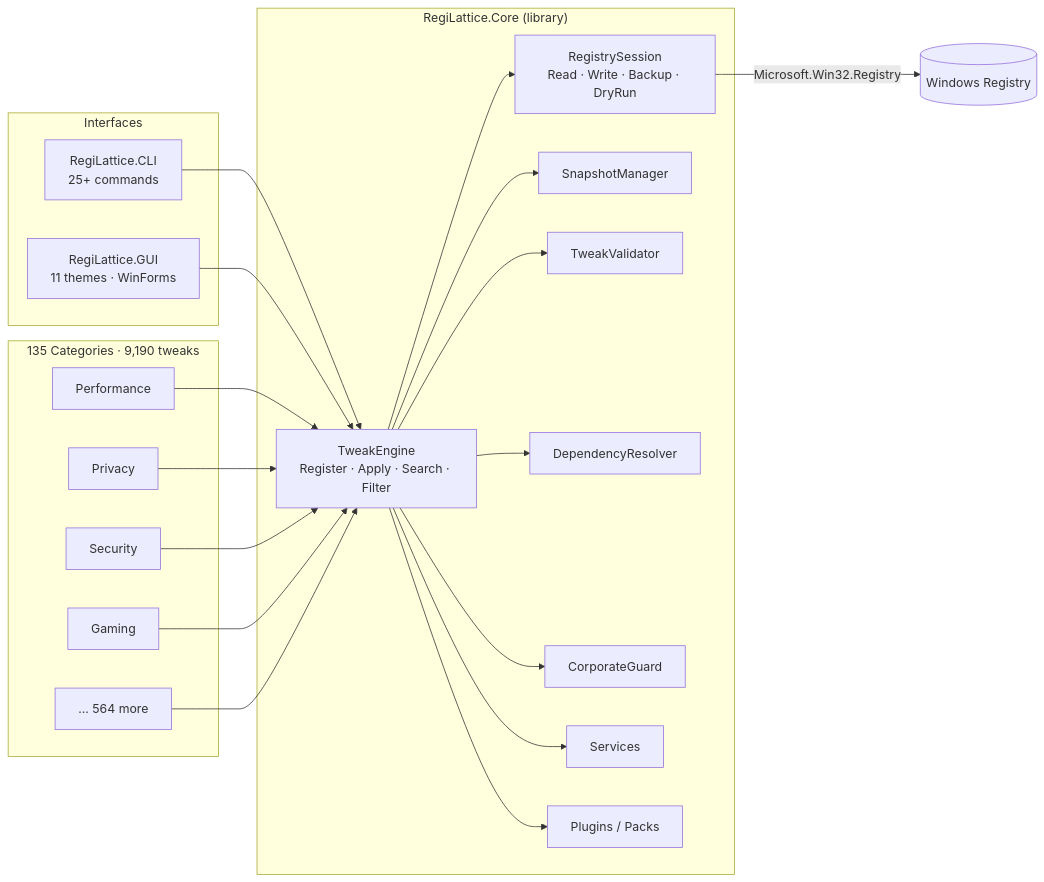
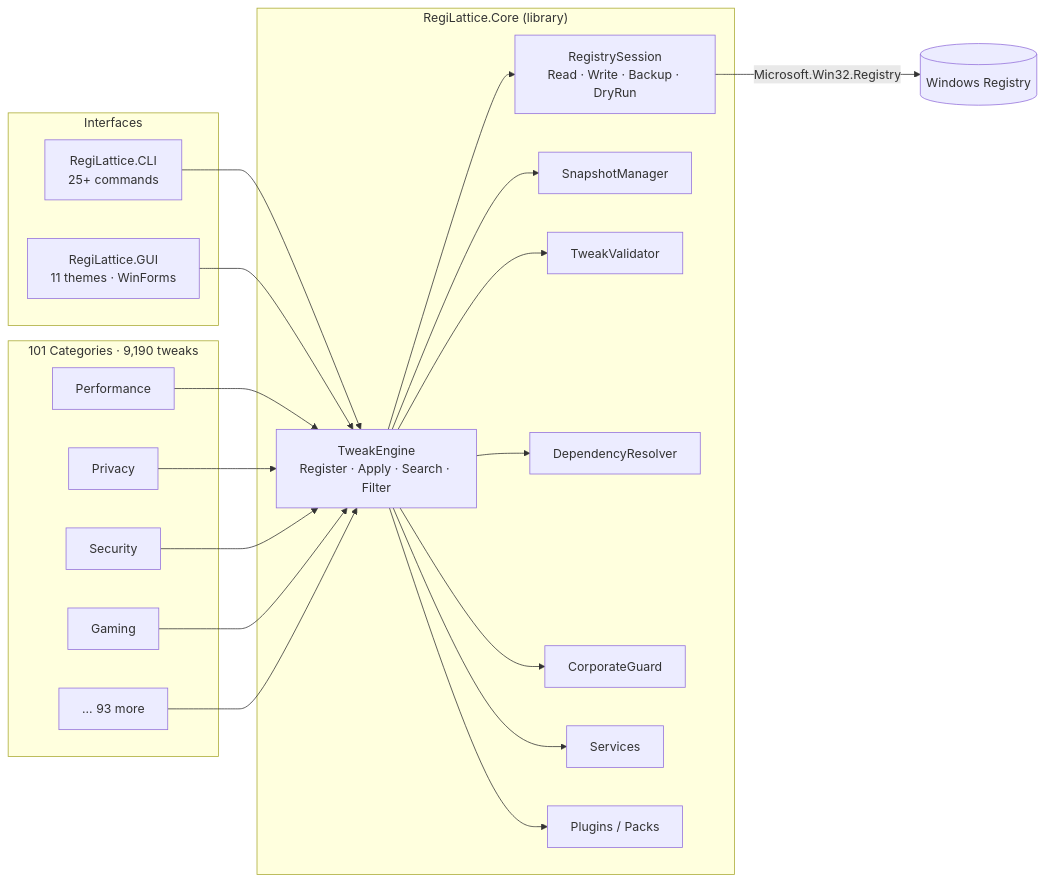
Before and after one commit to RajwanYair/RegiLattice: the first of 2 diagrams in README.md, drawn with Mermaid. The commit also changed other lines of this file and 10 other files, not shown here.

````diff
--- a/README.md
+++ b/README.md
@@ -88,38 +88,38 @@
 ```mermaid
 graph LR
     subgraph Interfaces
         CLI[RegiLattice.CLI<br/>25+ commands]
         GUI[RegiLattice.GUI<br/>11 themes · WinForms]
     end
 
     subgraph Core["RegiLattice.Core (library)"]
         TE[TweakEngine<br/>Register · Apply · Search · Filter]
         RS[RegistrySession<br/>Read · Write · Backup · DryRun]
         SM[SnapshotManager]
         TV[TweakValidator]
         DR[DependencyResolver]
         CG[CorporateGuard]
         SV[Services]
         PM[Plugins / Packs]
     end
 
-    subgraph Tweaks["135 Categories · 9,190 tweaks"]
+    subgraph Tweaks["101 Categories · 9,190 tweaks"]
         T1[Performance]
         T2[Privacy]
         T3[Security]
         T4[Gaming]
-        TN[... 564 more]
+        TN[... 93 more]
     end
 
     CLI --> TE
     GUI --> TE
     TE --> RS
     TE --> SM
     TE --> TV
     TE --> DR
     TE --> CG
     TE --> SV
     TE --> PM
     T1 & T2 & T3 & T4 & TN --> TE
     RS -->|Microsoft.Win32.Registry| WR[(Windows Registry)]
 ```
````
